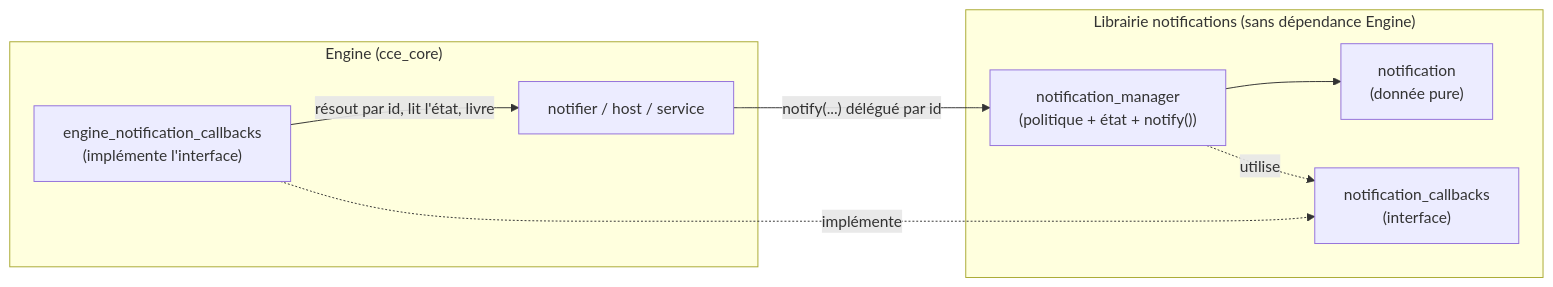
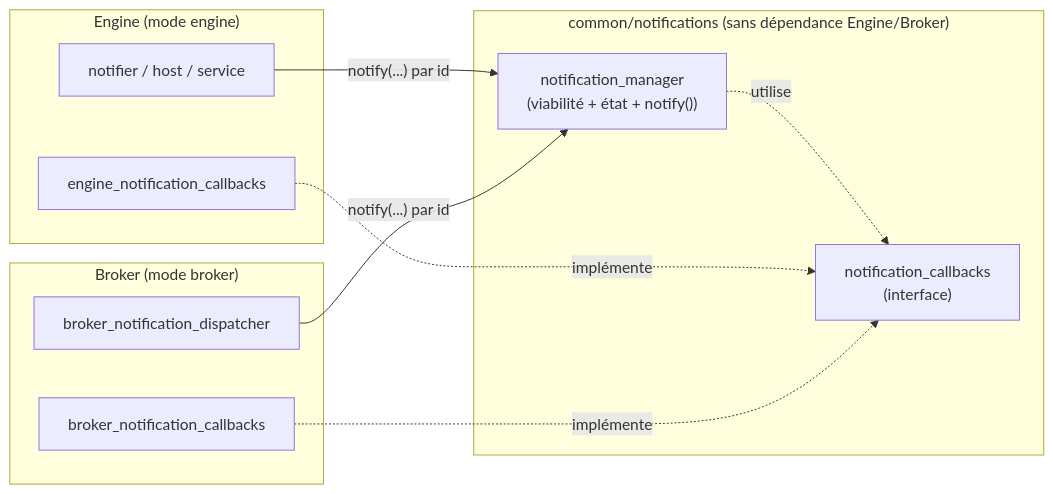
The first of 5 diagrams in doc/notifications-fr.md (centreon/centreon-collect), drawn with Mermaid before and after one commit. The commit also changed other lines of this file and 1 other file, not shown here.

Commit message:
doc(notifications): the notifications documentation describes the current code

````diff
--- a/doc/notifications-fr.md
+++ b/doc/notifications-fr.md
@@ -469,17 +88,20 @@
 ```mermaid
 flowchart LR
-    subgraph lib["Librairie notifications (sans dépendance Engine)"]
-        NM["notification_manager<br/>(politique + état + notify())"]
-        NEV["notification<br/>(donnée pure)"]
+    subgraph lib["common/notifications (sans dépendance Engine/Broker)"]
+        NM["notification_manager<br/>(viabilité + état + notify())"]
         CB["notification_callbacks<br/>(interface)"]
-        NM --> NEV
         NM -. utilise .-> CB
     end
-    subgraph engine["Engine (cce_core)"]
+    subgraph engine["Engine (mode engine)"]
         NF["notifier / host / service"]
-        ENC["engine_notification_callbacks<br/>(implémente l'interface)"]
+        ENC["engine_notification_callbacks"]
     end
-    NF -- "notify(...) délégué par id" --> NM
+    subgraph broker["Broker (mode broker)"]
+        BND["broker_notification_dispatcher"]
+        BNC["broker_notification_callbacks"]
+    end
+    NF -- "notify(...) par id" --> NM
+    BND -- "notify(...) par id" --> NM
     ENC -. implémente .-> CB
-    ENC -- "résout par id, lit l'état, livre" --> NF
+    BNC -. implémente .-> CB
 ```
````
